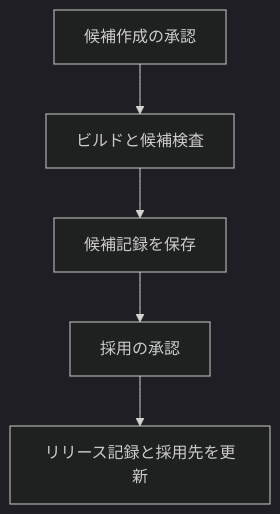
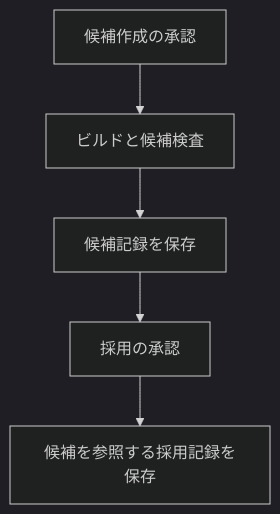
One commit to hwatanabe-jp/stark-ballot-simulator-public changed the second of 2 diagrams in public-book/src/aws/image-signing.md. Above: the diagram before and after it, drawn with Mermaid (dark theme). The commit also changed other lines of this file and 835 other files, not shown here.

````diff
--- a/public-book/src/aws/image-signing.md
+++ b/public-book/src/aws/image-signing.md
@@ -51,7 +52,7 @@
 ```mermaid
 flowchart TB
   B["候補作成の承認"] --> C["ビルドと候補検査"]
   C --> R["候補記録を保存"]
   R --> A["採用の承認"]
-  A --> P["リリース記録と採用先を更新"]
+  A --> P["候補を参照する採用記録を保存"]
 ```
````
